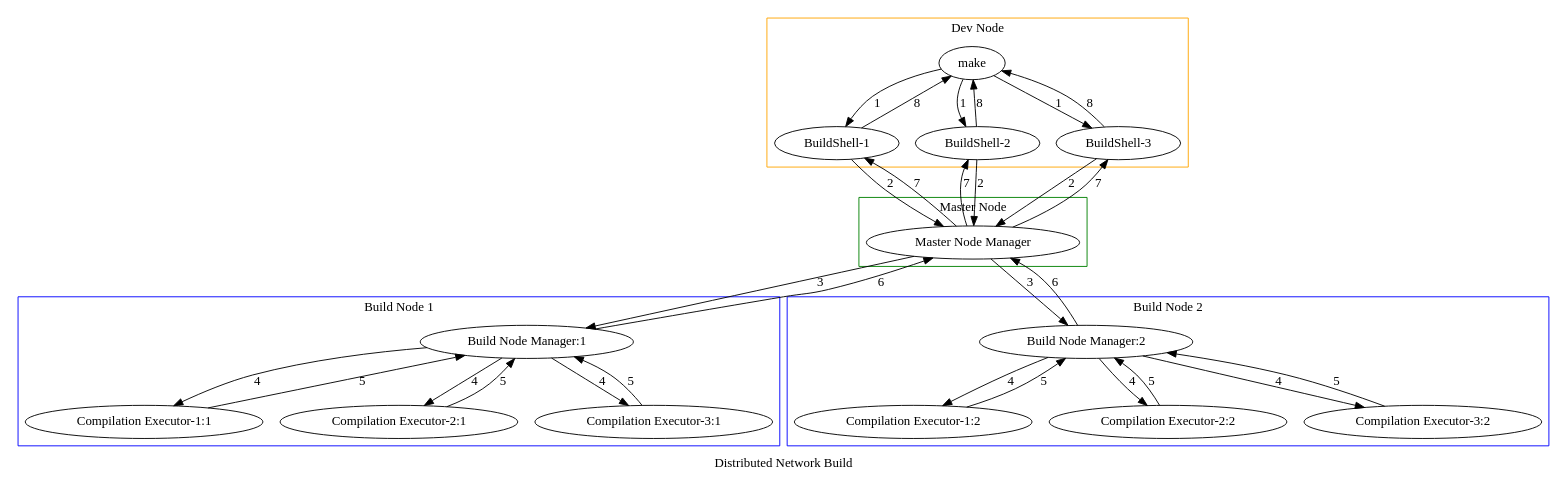
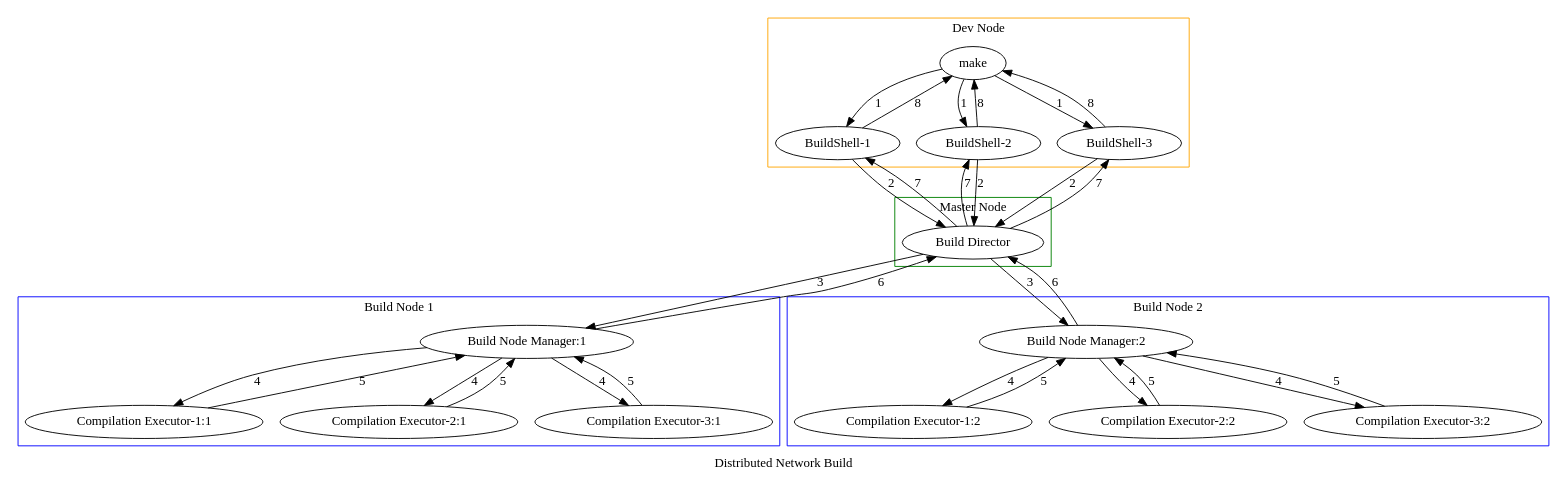
Before and after one commit to abroussard11/amb: the diagram in dot/NetworkBuild/Graph.dot, drawn with Graphviz. The commit also changed 46 other files, not shown here.

```diff
--- a/dot/NetworkBuild/Graph.dot
+++ b/dot/NetworkBuild/Graph.dot
@@ -1,94 +1,71 @@
 Digraph G {
-   //size = "10,10"
-   //dpi=600
    label = "Distributed Network Build"
-   overlap=scale
-   //clusterrank = local
+   overlap = scale
 
    subgraph clusterDevNode {
       color = orange
       label = "Dev Node"
 
       "make"
       "BuildShell-1"
       "BuildShell-2"
       "BuildShell-3"
    }
 
-   subgraph clusterMasterNode {
+   subgraph clusterBuildDirector {
       color = green
       label = "Master Node"
       size = "2,2"
 
-      "Master Node Manager"
+      buildDirector [label="Build Director"];
    }
 
    subgraph clusterBuildNode1 {
       color = blue
       label = "Build Node 1"
 
       "Build Node Manager:1"
       "Compilation Executor-1:1"
       "Compilation Executor-2:1"
       "Compilation Executor-3:1"
    }
 
    subgraph clusterBuildNode2 {
       color = blue
       label = "Build Node 2"
 
       "Build Node Manager:2"
       "Compilation Executor-1:2"
       "Compilation Executor-2:2"
       "Compilation Executor-3:2"
    }
 
-/*
-   subgraph clusterBuildNode3 {
-      color = blue
-      label = "Build Node 3"
-
-      "Build Node Manager:3"
-      "Compilation Executor-1:3"
-      "Compilation Executor-2:3"
-      "Compilation Executor-3:3"
-   }
-*/
-
    "make" -> "BuildShell-1" [label=1]
    "make" -> "BuildShell-2" [label=1]
    "make" -> "BuildShell-3" [label=1]
-   "BuildShell-1" -> "Master Node Manager" [label=2]
-   "BuildShell-2" -> "Master Node Manager" [label=2]
-   "BuildShell-3" -> "Master Node Manager" [label=2]
-   "Master Node Manager" -> "Build Node Manager:1" [label=3]
-   "Master Node Manager" -> "Build Node Manager:2" [label=3]
-   //"Master Node Manager" -> "Build Node Manager:3" [label=3]
+   "BuildShell-1" -> buildDirector [label=2]
+   "BuildShell-2" -> buildDirector [label=2]
+   "BuildShell-3" -> buildDirector [label=2]
+   buildDirector -> "Build Node Manager:1" [label=3]
+   buildDirector -> "Build Node Manager:2" [label=3]
    "Build Node Manager:1" -> "Compilation Executor-1:1" [label=4]
    "Build Node Manager:1" -> "Compilation Executor-2:1" [label=4]
    "Build Node Manager:1" -> "Compilation Executor-3:1" [label=4]
    "Build Node Manager:2" -> "Compilation Executor-1:2" [label=4]
    "Build Node Manager:2" -> "Compilation Executor-2:2" [label=4]
    "Build Node Manager:2" -> "Compilation Executor-3:2" [label=4]
-   //"Build Node Manager:3" -> "Compilation Executor-1:3" [label=4]
-   //"Build Node Manager:3" -> "Compilation Executor-2:3" [label=4]
-   //"Build Node Manager:3" -> "Compilation Executor-3:3" [label=4]
    "Compilation Executor-1:1" -> "Build Node Manager:1" [label=5]
    "Compilation Executor-2:1" -> "Build Node Manager:1" [label=5]
    "Compilation Executor-3:1" -> "Build Node Manager:1" [label=5]
    "Compilation Executor-1:2" -> "Build Node Manager:2" [label=5]
    "Compilation Executor-2:2" -> "Build Node Manager:2" [label=5]
    "Compilation Executor-3:2" -> "Build Node Manager:2" [label=5]
-   //"Compilation Executor-1:3" -> "Build Node Manager:3" [label=5]
-   //"Compilation Executor-2:3" -> "Build Node Manager:3" [label=5]
-   //"Compilation Executor-3:3" -> "Build Node Manager:3" [label=5]
-   "Build Node Manager:1" -> "Master Node Manager" [label=6]
-   "Build Node Manager:2" -> "Master Node Manager" [label=6]
-   //"Build Node Manager:3" -> "Master Node Manager" [label=6]
-   "Master Node Manager" -> "BuildShell-1" [label=7]
-   "Master Node Manager" -> "BuildShell-2" [label=7]
-   "Master Node Manager" -> "BuildShell-3" [label=7]
+   "Build Node Manager:1" -> buildDirector [label=6]
+   "Build Node Manager:2" -> buildDirector [label=6]
+   buildDirector -> "BuildShell-1" [label=7]
+   buildDirector -> "BuildShell-2" [label=7]
+   buildDirector -> "BuildShell-3" [label=7]
    "BuildShell-1" -> "make" [label=8]
    "BuildShell-2" -> "make" [label=8]
    "BuildShell-3" -> "make" [label=8]
 }
```
